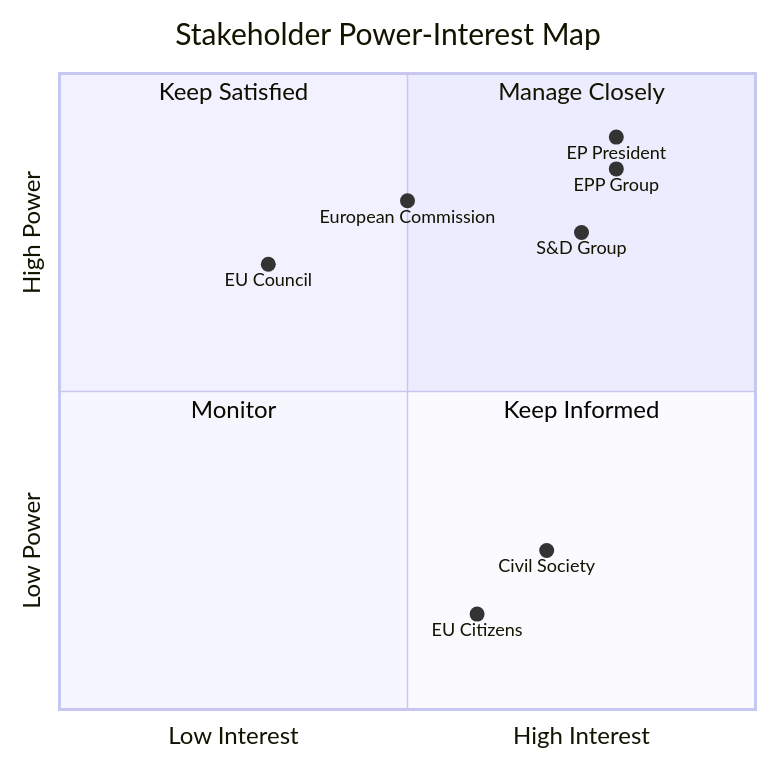
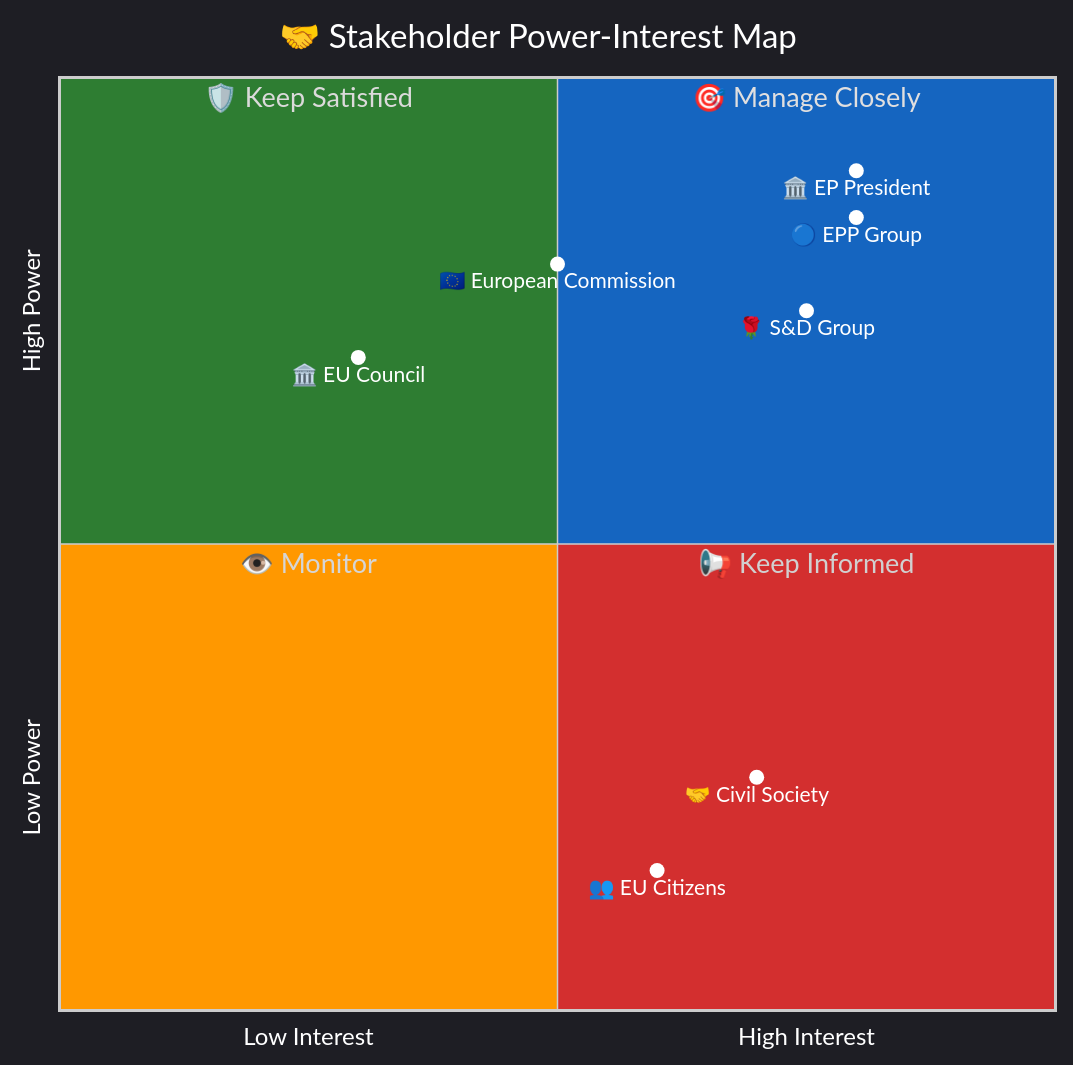
The fifth of 5 diagrams in analysis/methodologies/political-swot-framework.md (Hack23/euparliamentmonitor), drawn with Mermaid before and after one commit. The commit also changed 5 other files, not shown here.

First line of the commit message:
Apply ISMS-aligned mermaid colour theme to all SWOT/quadrant charts and document standards

````diff
--- a/analysis/methodologies/political-swot-framework.md
+++ b/analysis/methodologies/political-swot-framework.md
@@ -371,17 +371,40 @@
 ```mermaid
+%%{init: {
+  "theme": "dark",
+  "themeVariables": {
+    "quadrant1Fill": "#1565C0",
+    "quadrant2Fill": "#2E7D32",
+    "quadrant3Fill": "#FF9800",
+    "quadrant4Fill": "#D32F2F",
+    "quadrantTitleFill": "#ffffff",
+    "quadrantPointFill": "#ffffff",
+    "quadrantPointTextFill": "#ffffff",
+    "quadrantXAxisTextFill": "#ffffff",
+    "quadrantYAxisTextFill": "#ffffff"
+  },
+  "quadrantChart": {
+    "chartWidth": 700,
+    "chartHeight": 700,
+    "pointLabelFontSize": 14,
+    "titleFontSize": 22,
+    "quadrantLabelFontSize": 18,
+    "xAxisLabelFontSize": 16,
+    "yAxisLabelFontSize": 16
+  }
+}}%%
 quadrantChart
-    title Stakeholder Power-Interest Map
+    title 🤝 Stakeholder Power-Interest Map
     x-axis "Low Interest" --> "High Interest"
     y-axis "Low Power" --> "High Power"
-    quadrant-1 "Manage Closely"
-    quadrant-2 "Keep Satisfied"
-    quadrant-3 "Monitor"
-    quadrant-4 "Keep Informed"
-    "EP President": [0.8, 0.9]
-    "EPP Group": [0.8, 0.85]
-    "S&D Group": [0.75, 0.75]
-    "European Commission": [0.5, 0.8]
-    "EU Council": [0.3, 0.7]
-    "Civil Society": [0.7, 0.25]
-    "EU Citizens": [0.6, 0.15]
+    quadrant-1 "🎯 Manage Closely"
+    quadrant-2 "🛡️ Keep Satisfied"
+    quadrant-3 "👁️ Monitor"
+    quadrant-4 "📢 Keep Informed"
+    "🏛️ EP President": [0.8, 0.9]
+    "🔵 EPP Group": [0.8, 0.85]
+    "🌹 S&D Group": [0.75, 0.75]
+    "🇪🇺 European Commission": [0.5, 0.8]
+    "🏛️ EU Council": [0.3, 0.7]
+    "🤝 Civil Society": [0.7, 0.25]
+    "👥 EU Citizens": [0.6, 0.15]
 ```
````
